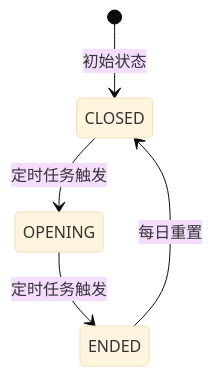
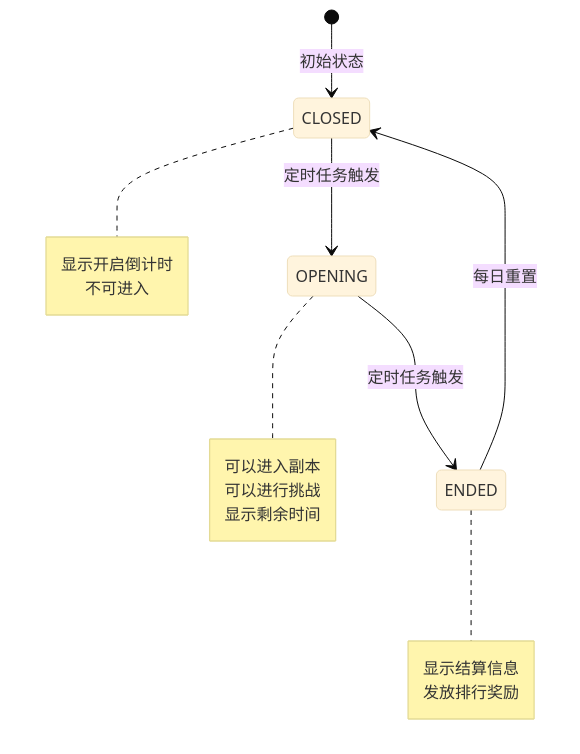
The fourth of 15 diagrams in docs/Module_Dungeon/01_数据配表.md (Alan-Ben/k2c_game_framework), drawn with Mermaid (base theme) before and after one commit. The commit also changed other lines of this file and 5 other files, not shown here.

````diff
--- a/docs/Module_Dungeon/01_数据配表.md
+++ b/docs/Module_Dungeon/01_数据配表.md
@@ -497,7 +588,23 @@
 ```mermaid
 stateDiagram-v2
     [*] --> CLOSED: 初始状态
     CLOSED --> OPENING: 定时任务触发
     OPENING --> ENDED: 定时任务触发
     ENDED --> CLOSED: 每日重置
+
+    note right of CLOSED
+        显示开启倒计时
+        不可进入
+    end note
+
+    note right of OPENING
+        可以进入副本
+        可以进行挑战
+        显示剩余时间
+    end note
+
+    note right of ENDED
+        显示结算信息
+        发放排行奖励
+    end note
 ```
````
